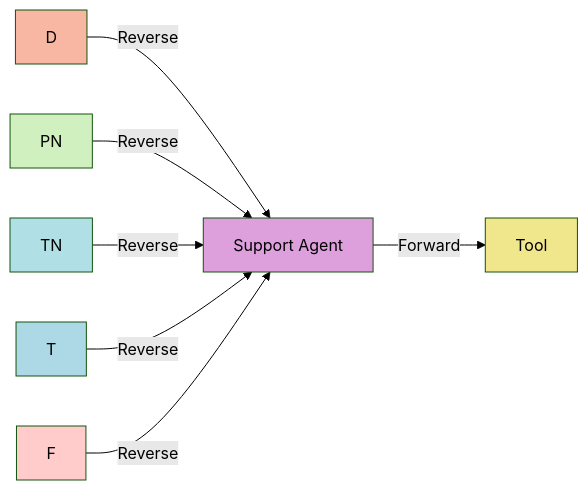
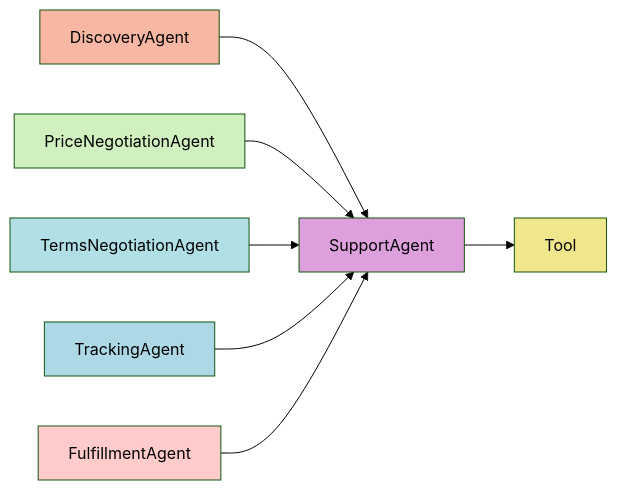
One commit to beckn/transactional-ai-bap changed the ninth of 13 diagrams in arch/bap-state-machine.md. Above: the diagram before and after it, drawn with Mermaid (forest theme). The commit also changed other lines of this file, not shown here.

````diff
--- a/arch/bap-state-machine.md
+++ b/arch/bap-state-machine.md
@@ -314,17 +321,18 @@
 ```mermaid
 graph LR
-    S[Support Agent] -->|Forward| Tool
-    D -->|Reverse| S
-    PN -->|Reverse| S
-    TN -->|Reverse| S
-    T -->|Reverse| S
-    F -->|Reverse| S
+    SupportAgent --> Tool
+    DiscoveryAgent --> SupportAgent
+    PriceNegotiationAgent --> SupportAgent
+    TermsNegotiationAgent --> SupportAgent
+    TrackingAgent --> SupportAgent
+    FulfillmentAgent --> SupportAgent
 
-    style S fill:#dda0dd
-    style D fill:#f7b7a3
-    style PN fill:#d0f0c0
-    style TN fill:#b0e0e6
-    style T fill:#add8e6
-    style F fill:#ffcccb
+    style SupportAgent fill:#dda0dd
+    style DiscoveryAgent fill:#f7b7a3
+    style PriceNegotiationAgent fill:#d0f0c0
+    style TermsNegotiationAgent fill:#b0e0e6
+    style TrackingAgent fill:#add8e6
+    style FulfillmentAgent fill:#ffcccb
     style Tool fill:#f0e68c
+
 ```
````
